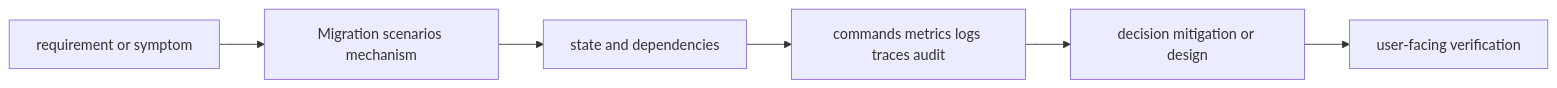
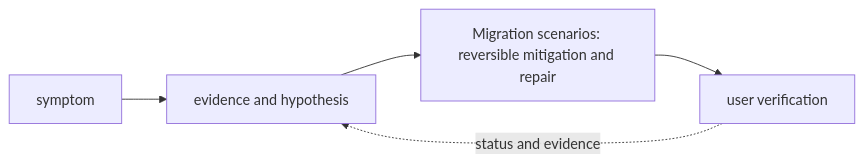
Before and after one commit to tomkidumbuyo/DevOps-interview-preparation: the diagram in 13-scenarios/03-migration-scenarios/README.md, drawn with Mermaid. The commit also changed other lines of this file and 753 other files, not shown here.

````diff
--- a/13-scenarios/03-migration-scenarios/README.md
+++ b/13-scenarios/03-migration-scenarios/README.md
@@ -21,8 +31,7 @@
 ```mermaid
 flowchart LR
-  R[requirement or symptom] --> M[Migration scenarios mechanism]
-  M --> S[state and dependencies]
-  S --> O[commands metrics logs traces audit]
-  O --> D[decision mitigation or design]
-  D --> V[user-facing verification]
+  A["symptom"] --> B["evidence and hypothesis"]
+  B --> C["Migration scenarios: reversible mitigation and repair"]
+  C --> D["user verification"]
+  D -. "status and evidence" .-> B
 ```
````
